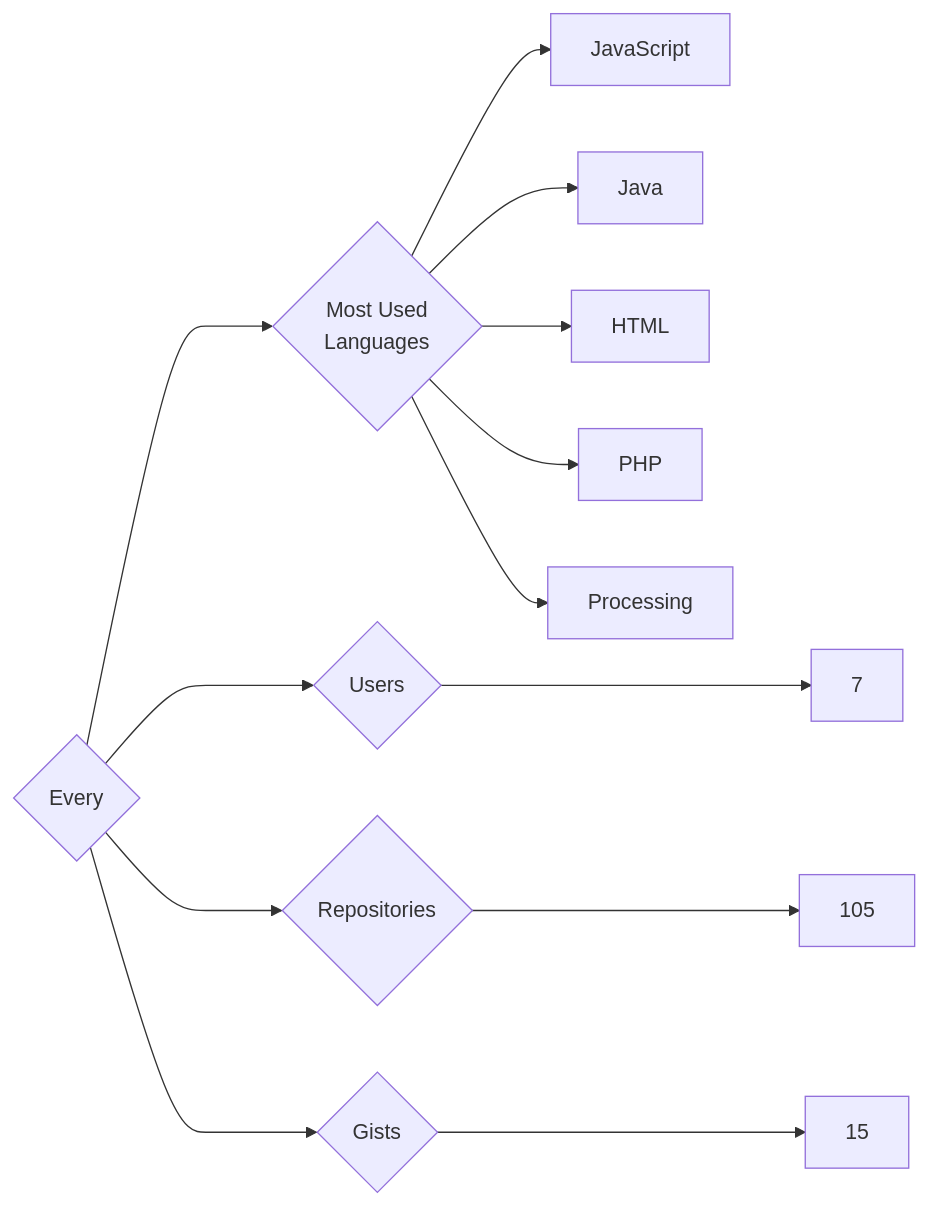
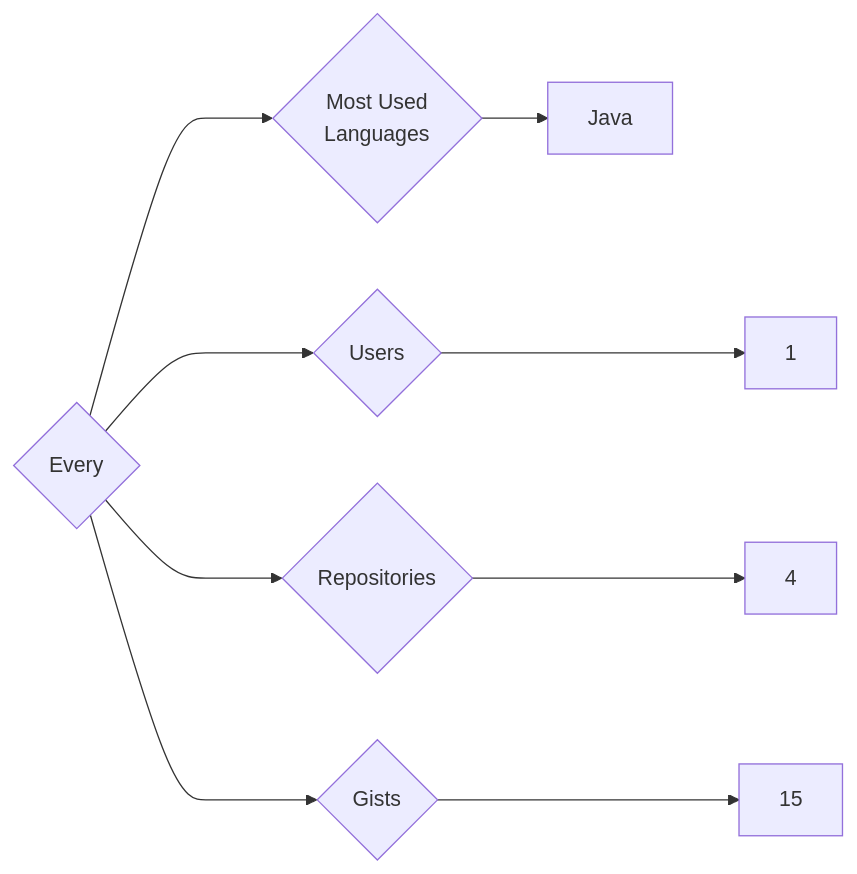
The diagram in targets/Every/README.md (trickest/insiders), drawn with Mermaid before and after one commit. The commit also changed 914 other files, not shown here.

````diff
--- a/targets/Every/README.md
+++ b/targets/Every/README.md
@@ -3,13 +3,9 @@
 ```mermaid
 graph LR
 COMPANY_NAME{Every}
-COMPANY_NAME ---> U{Users} ---> UN[7]
-COMPANY_NAME ---> R{Repositories} ---> RN[105]
+COMPANY_NAME ---> U{Users} ---> UN[1]
+COMPANY_NAME ---> R{Repositories} ---> RN[4]
 COMPANY_NAME ---> G{Gists} ---> GN[15]
 COMPANY_NAME ---> ML{Most Used<br>Languages}
-ML --> JavaScript[JavaScript]
 ML --> Java[Java]
-ML --> HTML[HTML]
-ML --> PHP[PHP]
-ML --> Processing[Processing]
 ```
````
